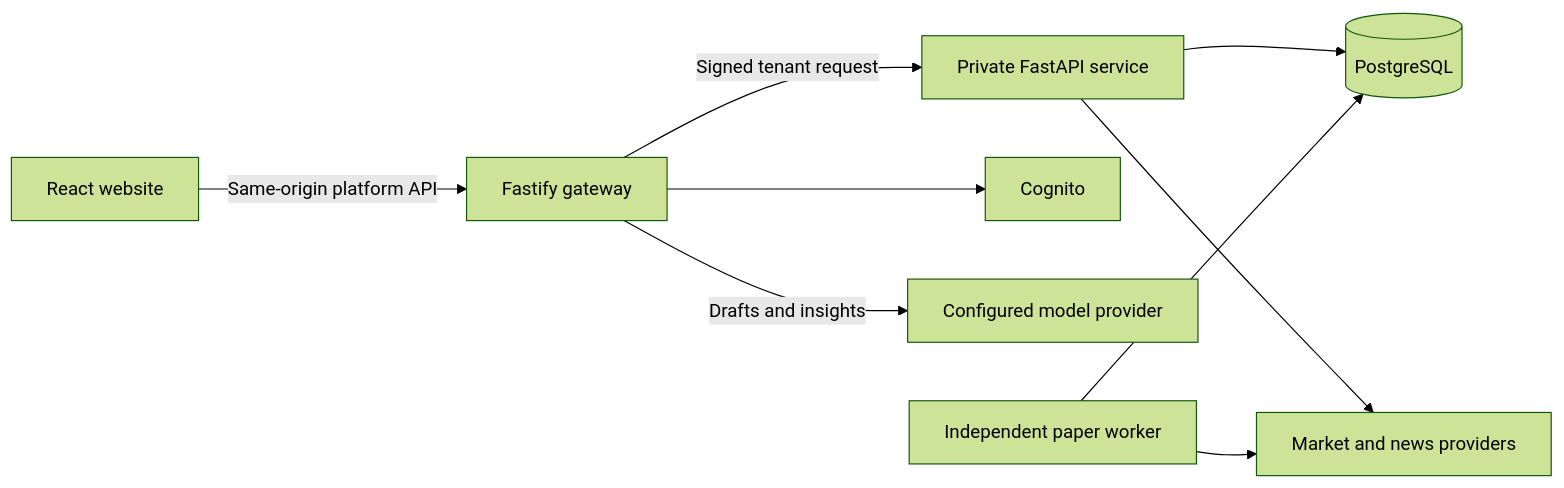
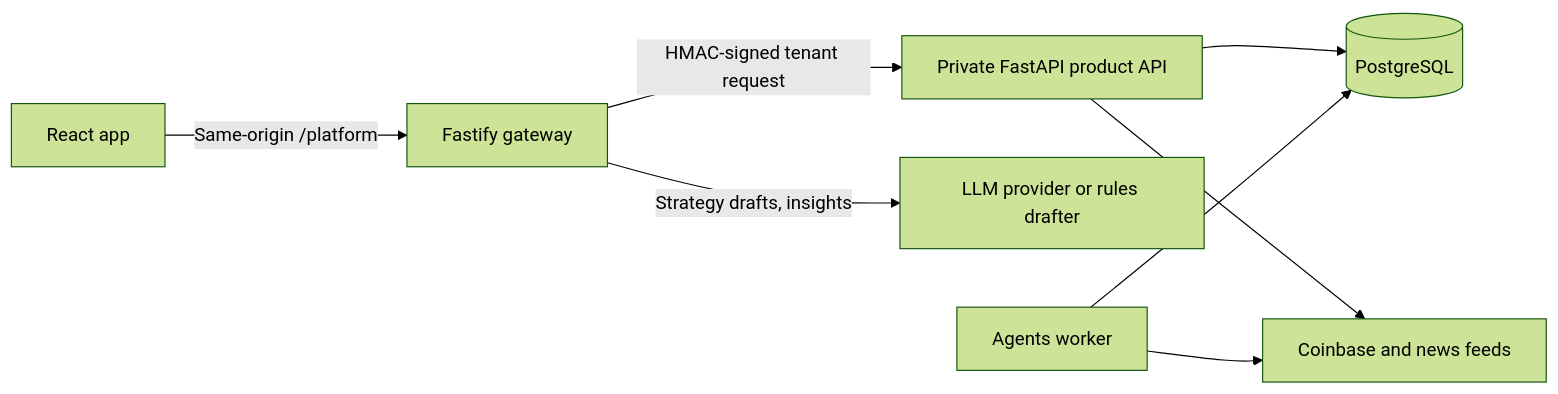
The diagram in docs/ARCHITECTURE.md (vishal88736/automatic-trading-agent), drawn with Mermaid (forest theme) before and after one commit. The commit also changed other lines of this file and 26 other files, not shown here.

````diff
--- a/docs/ARCHITECTURE.md
+++ b/docs/ARCHITECTURE.md
@@ -3,11 +3,10 @@
 ```mermaid
 flowchart LR
-    Browser[React website] -->|Same-origin platform API| Gateway[Fastify gateway]
-    Gateway -->|Signed tenant request| API[Private FastAPI service]
-    Gateway --> Cognito
-    Gateway -->|Drafts and insights| Model[Configured model provider]
+    Browser[React app] -->|Same-origin /platform| Gateway[Fastify gateway]
+    Gateway -->|HMAC-signed tenant request| API[Private FastAPI product API]
+    Gateway -->|Strategy drafts, insights| Model[LLM provider or rules drafter]
     API --> Database[(PostgreSQL)]
-    Worker[Independent paper worker] --> Database
-    API --> Market[Market and news providers]
+    Worker[Agents worker] --> Database
+    API --> Market[Coinbase and news feeds]
     Worker --> Market
 ```
````
